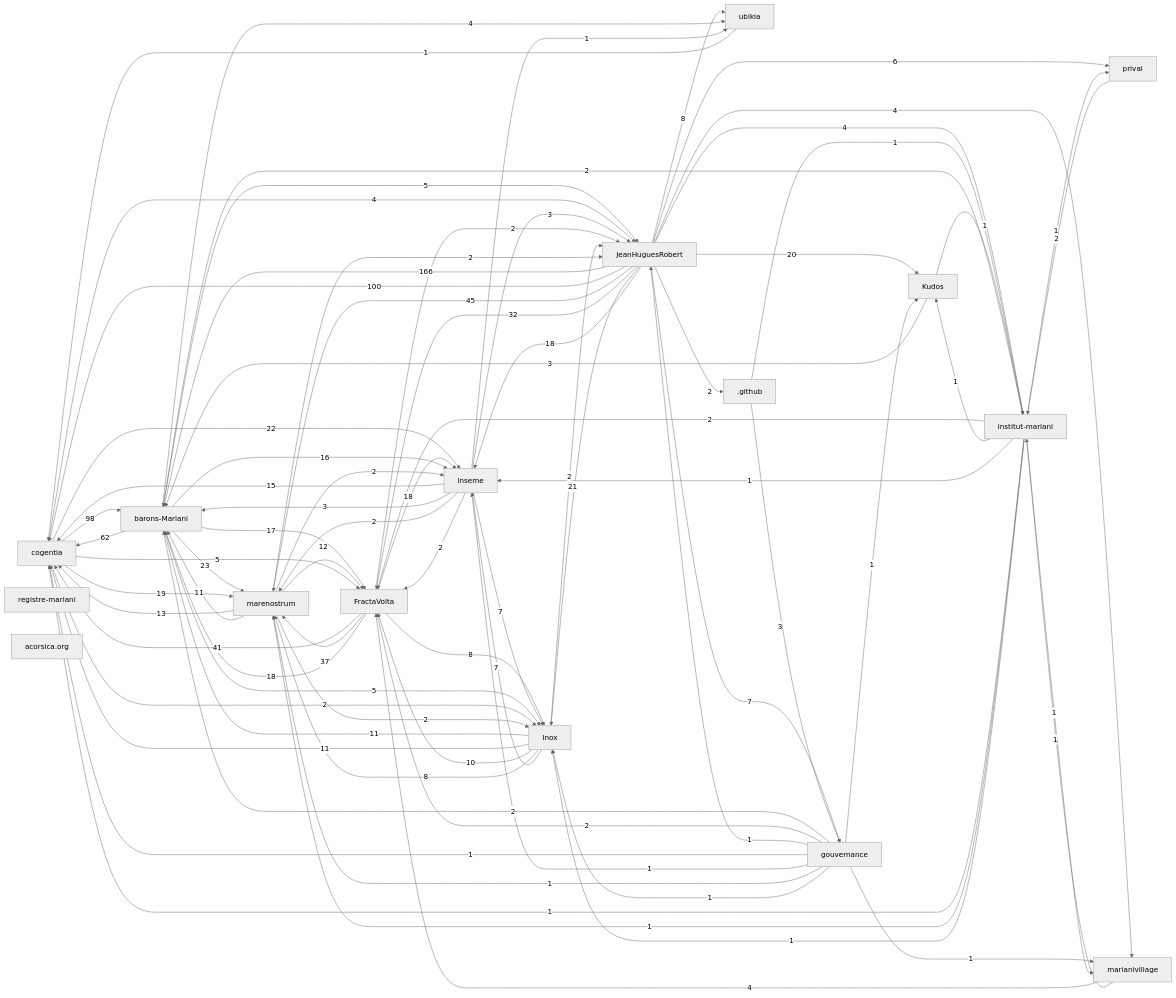
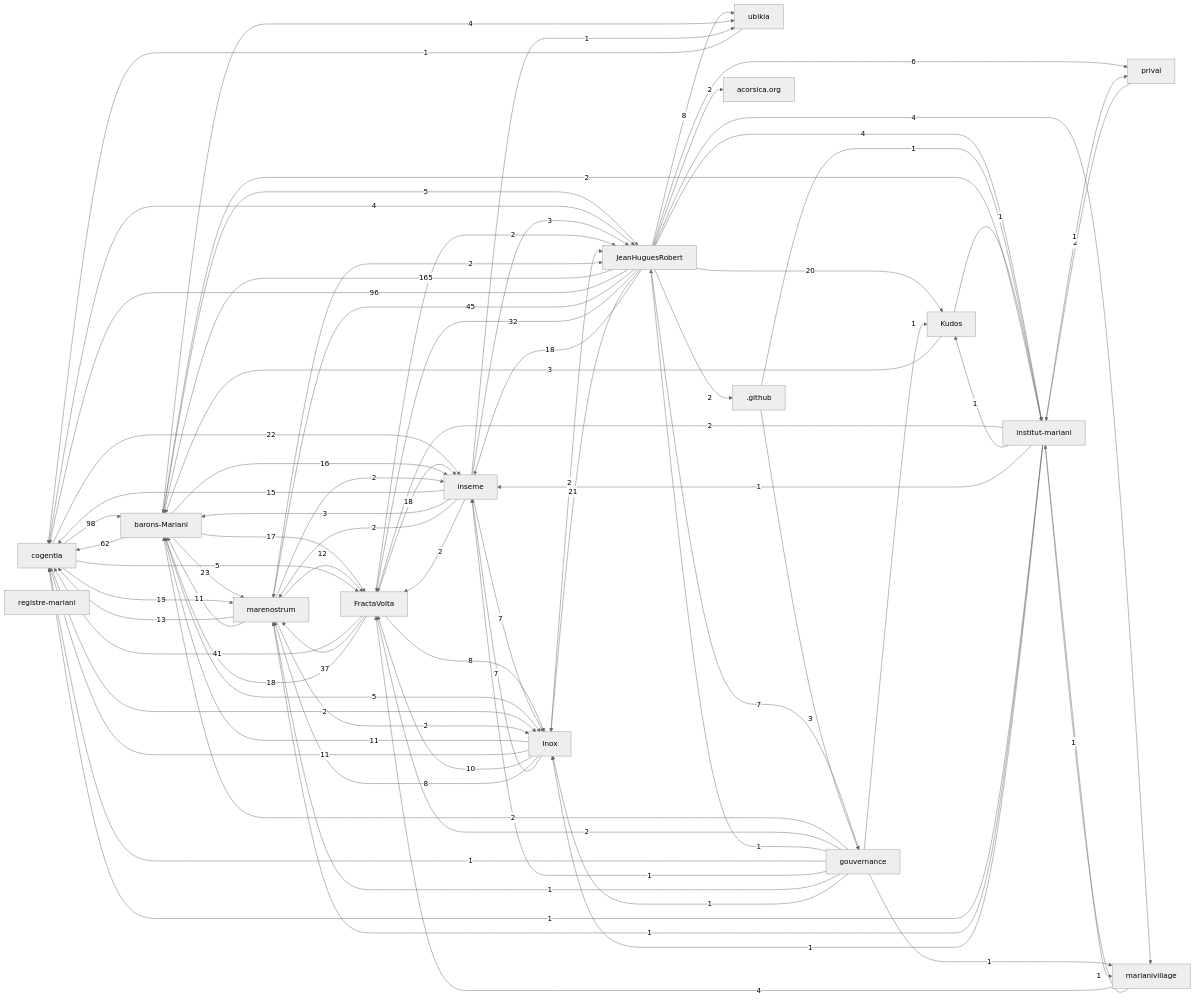
One commit to JeanHuguesRobert/ubikia changed the first of 2 diagrams in research/corpus-status.md. Above: the diagram before and after it, drawn with Mermaid (neutral theme). The commit also changed 5 other files, not shown here.

```diff
--- a/research/corpus-status.md
+++ b/research/corpus-status.md
@@ -48,9 +48,9 @@
   r_kudos["Kudos"]
   r_github[".github"]
   r_acorsica_org["acorsica.org"]
-  r_jeanhuguesrobert -->|166| r_barons_mariani
-  r_jeanhuguesrobert -->|100| r_cogentia
+  r_jeanhuguesrobert -->|165| r_barons_mariani
   r_cogentia -->|98| r_barons_mariani
+  r_jeanhuguesrobert -->|96| r_cogentia
   r_barons_mariani -->|62| r_cogentia
   r_jeanhuguesrobert -->|45| r_marenostrum
   r_fractavolta -->|41| r_cogentia
@@ -102,6 +102,7 @@
   r_institut_mariani -->|2| r_barons_mariani
   r_institut_mariani -->|2| r_fractavolta
   r_jeanhuguesrobert -->|2| r_github
+  r_jeanhuguesrobert -->|2| r_acorsica_org
   r_marenostrum -->|2| r_jeanhuguesrobert
   r_marenostrum -->|2| r_inseme
   r_marenostrum -->|2| r_inox
```
